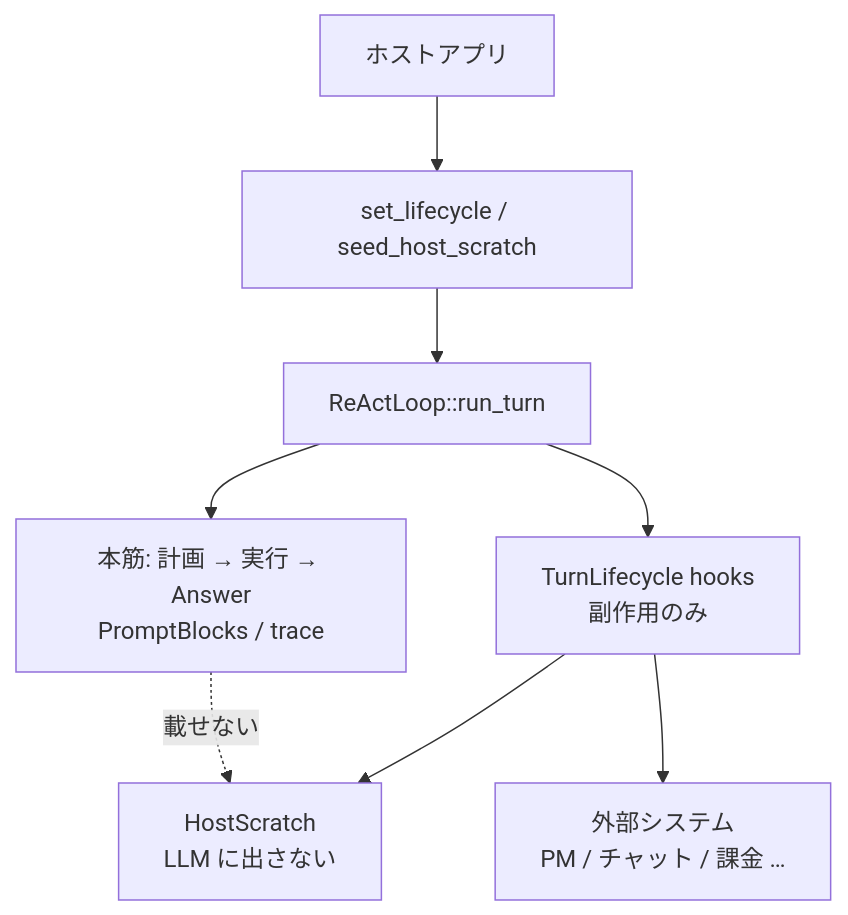
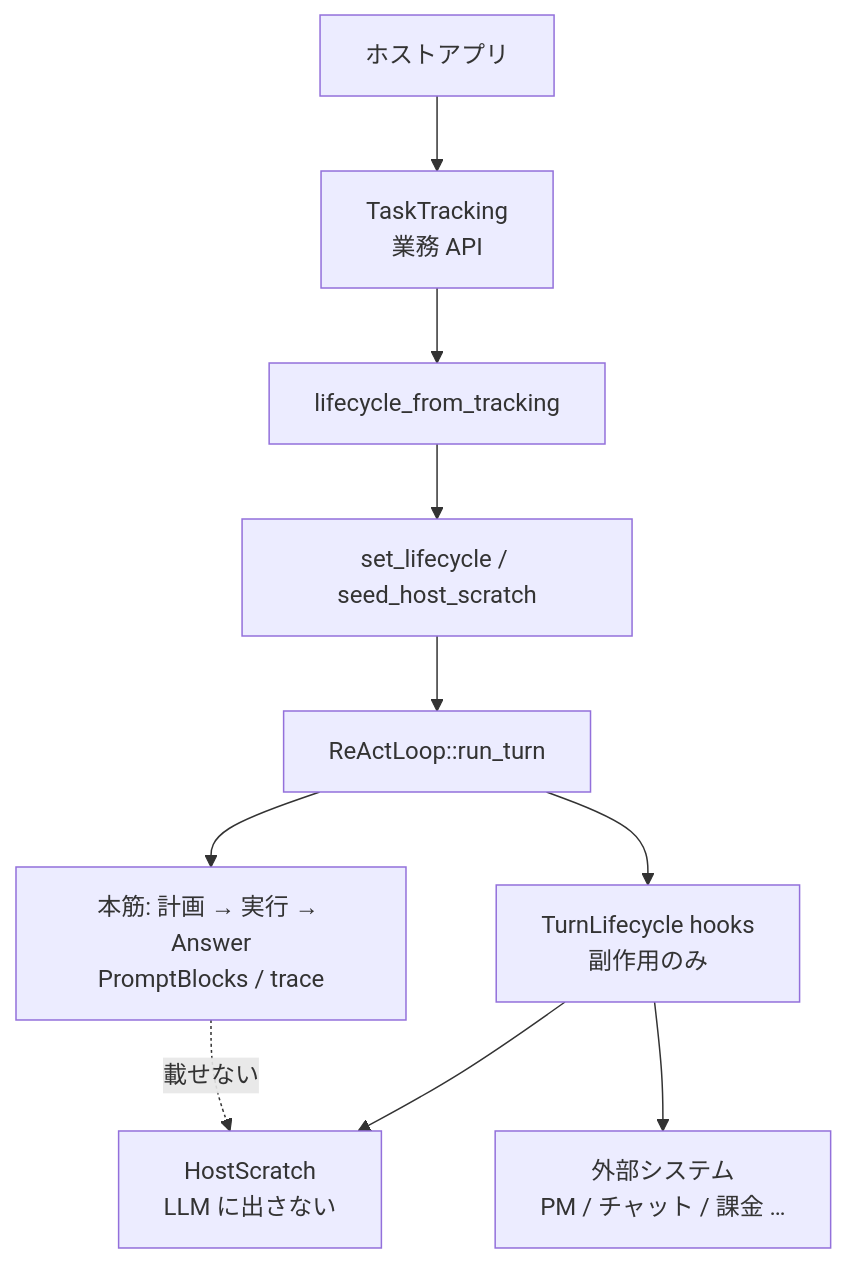
The diagram in doc/ja/architecture/04_ホスト拡張.md (tax-mux/harness-seed), drawn with Mermaid before and after one commit. The commit also changed other lines of this file and 7 other files, not shown here.

First line of the commit message:
Add TaskTracking API with outcome status on lifecycle hooks.

````diff
--- a/doc/ja/architecture/04_ホスト拡張.md
+++ b/doc/ja/architecture/04_ホスト拡張.md
@@ -18,10 +38,12 @@
 ```mermaid
 flowchart TB
-    HOST["ホストアプリ"] --> SET["set_lifecycle / seed_host_scratch"]
+    HOST["ホストアプリ"] --> API["TaskTracking<br/>業務 API"]
+    API --> BRIDGE["lifecycle_from_tracking"]
+    BRIDGE --> SET["set_lifecycle / seed_host_scratch"]
     SET --> ENG["ReActLoop::run_turn"]
     ENG --> CORE["本筋: 計画 → 実行 → Answer<br/>PromptBlocks / trace"]
     ENG --> HOOK["TurnLifecycle hooks<br/>副作用のみ"]
     HOOK --> SCR["HostScratch<br/>LLM に出さない"]
     HOOK --> EXT["外部システム<br/>PM / チャット / 課金 …"]
     CORE -.->|載せない| SCR
 ```
````
